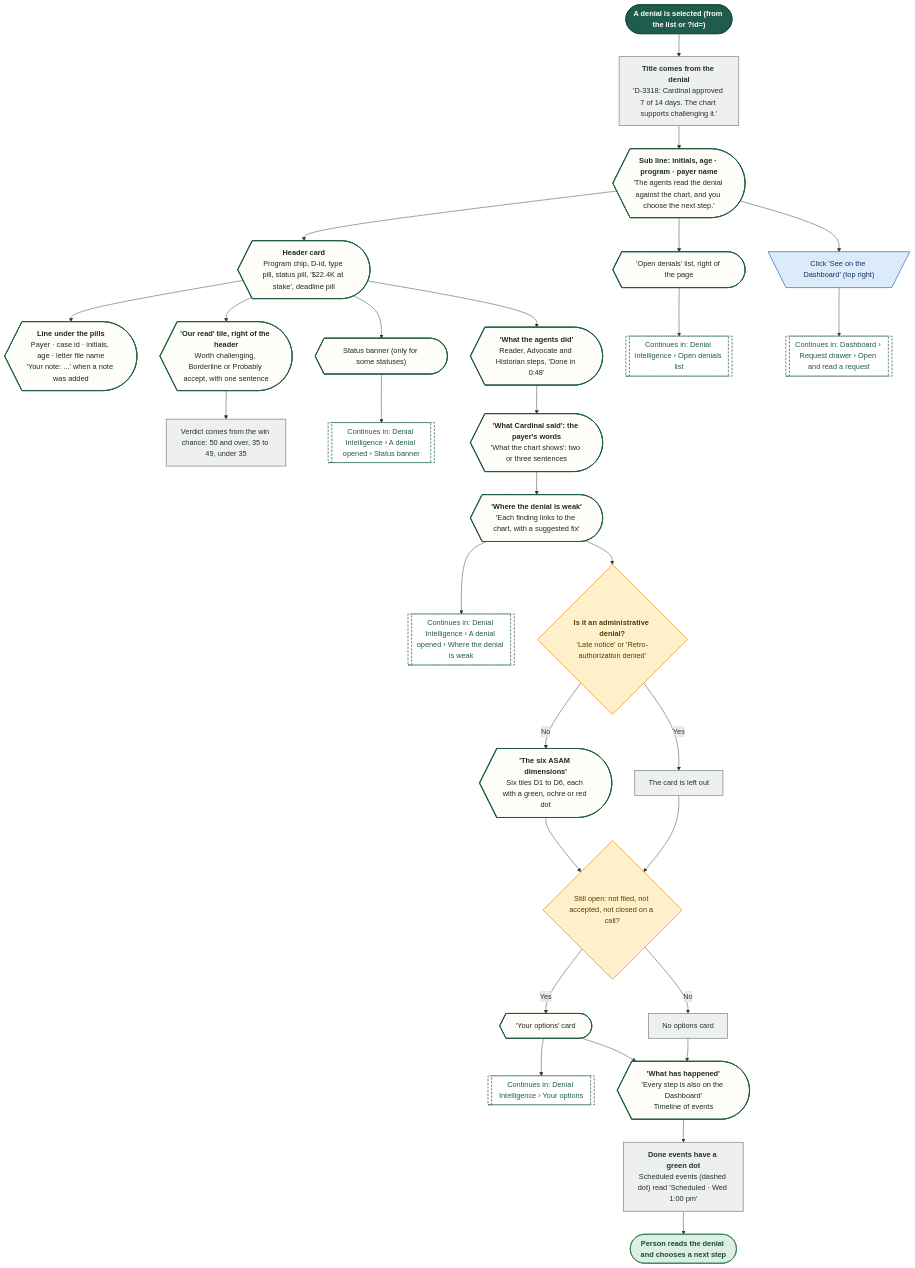
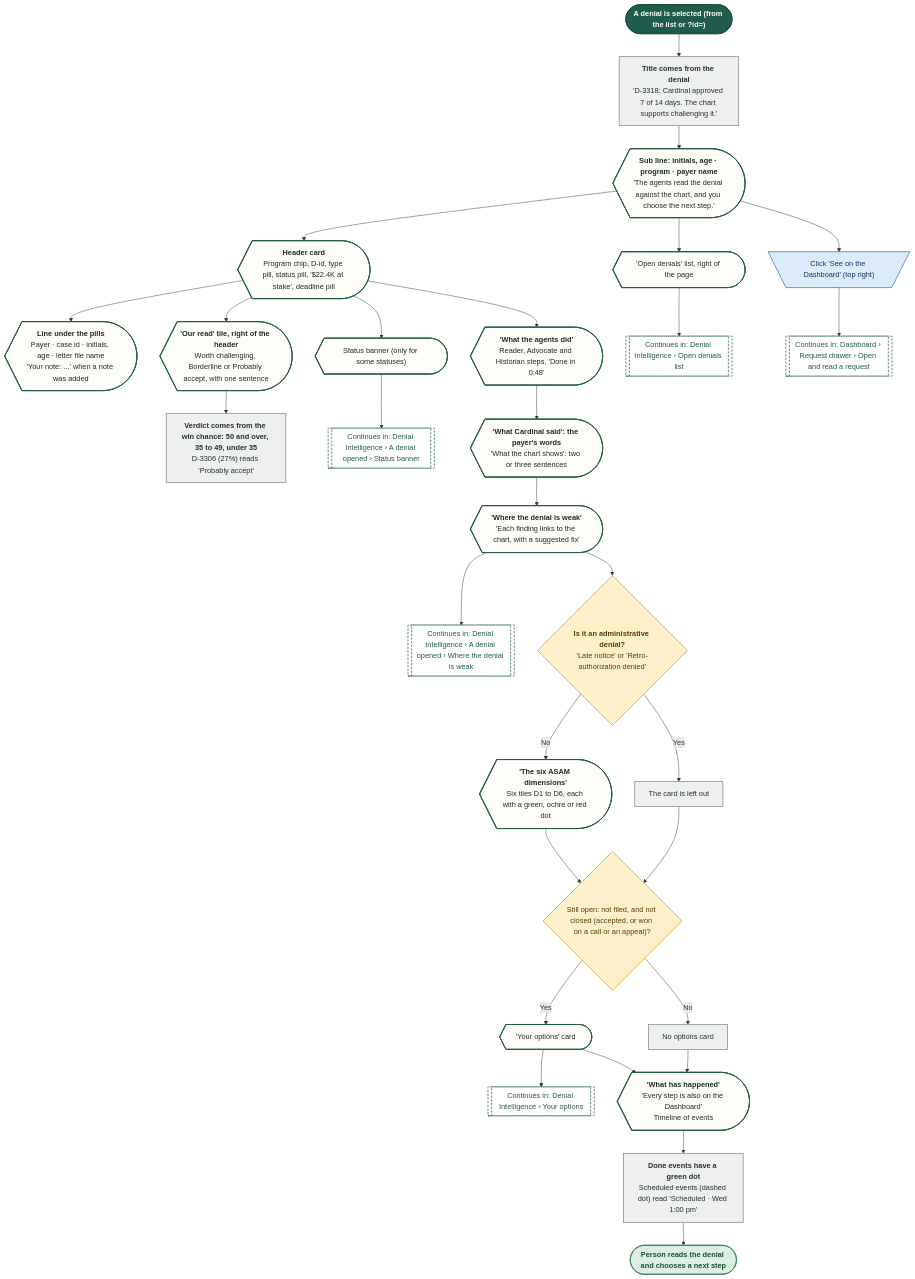
The third of 20 diagrams in demos/prior-auth-demo/workflows/out/md/06-denials.md (Shrav143/psyfloapp), drawn with Mermaid before and after one commit. The commit also changed other lines of this file and 195 other files, not shown here.

First line of the commit message:
docs: Rebuild workflow diagrams after the demo fixes (220 diagrams)

````diff
--- a/demos/prior-auth-demo/workflows/out/md/06-denials.md
+++ b/demos/prior-auth-demo/workflows/out/md/06-denials.md
@@ -168,71 +176,71 @@
 ```mermaid
 %%{init: {"theme":"base","themeVariables":{"fontFamily":"'DM Sans', 'Segoe UI', system-ui, sans-serif","fontSize":"15px","lineColor":"#5B6B63","primaryTextColor":"#1C2B25","clusterBkg":"#FBF8F3","clusterBorder":"#D9CDBB","edgeLabelBackground":"#FFFFFF"},"flowchart":{"curve":"basis","nodeSpacing":36,"rankSpacing":48,"padding":12,"htmlLabels":true,"useMaxWidth":false,"wrappingWidth":230}} }%%
 flowchart TD
   classDef k_start fill:#1F5C4B,stroke:#174638,color:#FFFFFF,stroke-width:1.5px,font-weight:600
   classDef k_end fill:#DDEFE3,stroke:#2E7D4F,color:#14502F,stroke-width:1.5px,font-weight:600
   classDef k_endx fill:#FBE3E0,stroke:#C0392B,color:#7A1F16,stroke-width:1.5px,font-weight:600
   classDef k_screen fill:#FFFDF8,stroke:#1F5C4B,color:#1C2B25,stroke-width:2px
   classDef k_overlay fill:#F1F7F3,stroke:#1F5C4B,color:#1C2B25,stroke-width:2px,stroke-dasharray:5 3
   classDef k_click fill:#DCEBFA,stroke:#2F6DB5,color:#12365F,stroke-width:1.5px
   classDef k_input fill:#E4E7FF,stroke:#4C5FD5,color:#1D2670,stroke-width:1.5px
   classDef k_process fill:#EEF0EE,stroke:#7A857F,color:#26302B,stroke-width:1.5px
   classDef k_agent fill:#EEE5FA,stroke:#7A4FC2,color:#341A63,stroke-width:1.5px
   classDef k_decision fill:#FFF0CC,stroke:#D9962B,color:#5C3B00,stroke-width:1.5px
   classDef k_store fill:#D5F0EA,stroke:#1C8E7B,color:#0B4A3F,stroke-width:1.5px
   classDef k_doc fill:#F6E9DC,stroke:#B07A4C,color:#4A2E14,stroke-width:1.5px
   classDef k_ext fill:#FFE6D2,stroke:#E07B39,color:#6B2F06,stroke-width:1.5px
   classDef k_wait fill:#E4E8EE,stroke:#6B7C93,color:#26303D,stroke-width:1.5px
   classDef k_toast fill:#FFF9DB,stroke:#C9A400,color:#5A4A00,stroke-width:1.5px
   classDef k_goto fill:#FFFFFF,stroke:#1F5C4B,color:#1F5C4B,stroke-width:1.5px,stroke-dasharray:5 3
   s1@{ shape: stadium, label: "A denial is selected (from the list or ?id=)" }
   p1@{ shape: rect, label: "<b>Title comes from the denial</b><br/>'D-3318: Cardinal approved 7 of 14 days. The chart supports challenging it.'" }
   sub1@{ shape: curv-trap, label: "<b>Sub line: initials, age · program · payer name</b><br/>'The agents read the denial against the chart, and you choose the next step.'" }
   h1@{ shape: curv-trap, label: "<b>Header card</b><br/>Program chip, D-id, type pill, status pill, '$22.4K at stake', deadline pill" }
   h2@{ shape: curv-trap, label: "<b>Line under the pills</b><br/>Payer · case id · initials, age · letter file name<br/>'Your note: ...' when a note was added" }
   v1@{ shape: curv-trap, label: "<b>'Our read' tile, right of the header</b><br/>Worth challenging, Borderline or Probably accept, with one sentence" }
-  pv@{ shape: rect, label: "Verdict comes from the win chance: 50 and over, 35 to 49, under 35" }
+  pv@{ shape: rect, label: "<b>Verdict comes from the win chance: 50 and over, 35 to 49, under 35</b><br/>D-3306 (27%) reads 'Probably accept'" }
   bn@{ shape: curv-trap, label: "Status banner (only for some statuses)" }
   g1@{ shape: subproc, label: "Continues in: Denial Intelligence › A denial opened › Status banner" }
   c1@{ shape: curv-trap, label: "<b>'What the agents did'</b><br/>Reader, Advocate and Historian steps, 'Done in 0:48'" }
   c2@{ shape: curv-trap, label: "<b>'What Cardinal said': the payer's words</b><br/>'What the chart shows': two or three sentences" }
   c3@{ shape: curv-trap, label: "<b>'Where the denial is weak'</b><br/>'Each finding links to the chart, with a suggested fix'" }
   g2@{ shape: subproc, label: "Continues in: Denial Intelligence › A denial opened › Where the denial is weak" }
   d1@{ shape: diam, label: "<b>Is it an administrative denial?</b><br/>'Late notice' or 'Retro-authorization denied'" }
   c4@{ shape: curv-trap, label: "<b>'The six ASAM dimensions'</b><br/>Six tiles D1 to D6, each with a green, ochre or red dot" }
   p2@{ shape: rect, label: "The card is left out" }
-  d2@{ shape: diam, label: "Still open: not filed, not accepted, not closed on a call?" }
+  d2@{ shape: diam, label: "Still open: not filed, and not closed (accepted, or won on a call or an appeal)?" }
   c5@{ shape: curv-trap, label: "'Your options' card" }
   g3@{ shape: subproc, label: "Continues in: Denial Intelligence › Your options" }
   p3@{ shape: rect, label: "No options card" }
   c6@{ shape: curv-trap, label: "<b>'What has happened'</b><br/>'Every step is also on the Dashboard'<br/>Timeline of events" }
   p4@{ shape: rect, label: "<b>Done events have a green dot</b><br/>Scheduled events (dashed dot) read 'Scheduled · Wed 1:00 pm'" }
   r1@{ shape: curv-trap, label: "'Open denials' list, right of the page" }
   g4@{ shape: subproc, label: "Continues in: Denial Intelligence › Open denials list" }
   b1@{ shape: trap-t, label: "Click 'See on the Dashboard' (top right)" }
   g5@{ shape: subproc, label: "Continues in: Dashboard › Request drawer › Open and read a request" }
   e1@{ shape: stadium, label: "Person reads the denial and chooses a next step" }
   s1 --> p1 --> sub1 --> h1
   h1 --> h2
   h1 --> v1 --> pv
   h1 --> bn --> g1
   h1 --> c1 --> c2 --> c3 --> g2
   c3 --> d1
   d1 -->|"No"| c4
   d1 -->|"Yes"| p2
   c4 --> d2
   p2 --> d2
   d2 -->|"Yes"| c5 --> g3
   d2 -->|"No"| p3
   c5 --> c6
   p3 --> c6
   c6 --> p4 --> e1
   sub1 --> r1 --> g4
   sub1 --> b1 --> g5
   class s1 k_start
   class p1,pv,p2,p3,p4 k_process
   class sub1,h1,h2,v1,bn,c1,c2,c3,c4,c5,c6,r1 k_screen
   class g1,g2,g3,g4,g5 k_goto
   class d1,d2 k_decision
   class b1 k_click
   class e1 k_end
 ```
````
